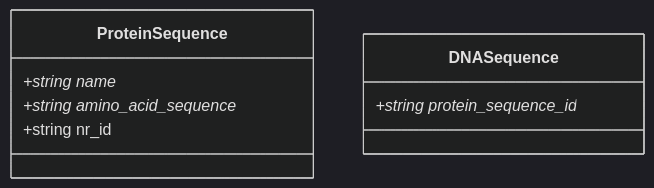
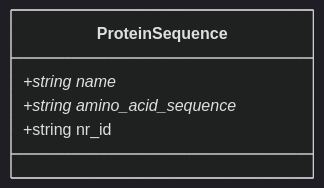
The diagram in PyEEDexample1/schemes/PyEED Data Model.md (maxim945/Database-present), drawn with Mermaid (dark theme) before and after one commit. The commit also changed 3 other files, not shown here.

````diff
--- a/PyEEDexample1/schemes/PyEED Data Model.md
+++ b/PyEEDexample1/schemes/PyEED Data Model.md
@@ -1,14 +1,10 @@
 ```mermaid
 classDiagram
     
     class ProteinSequence {
         +string name*
         +string amino_acid_sequence*
         +string nr_id
     }
     
-    class DNASequence {
-        +string protein_sequence_id*
-    }
-    
 ```
````
